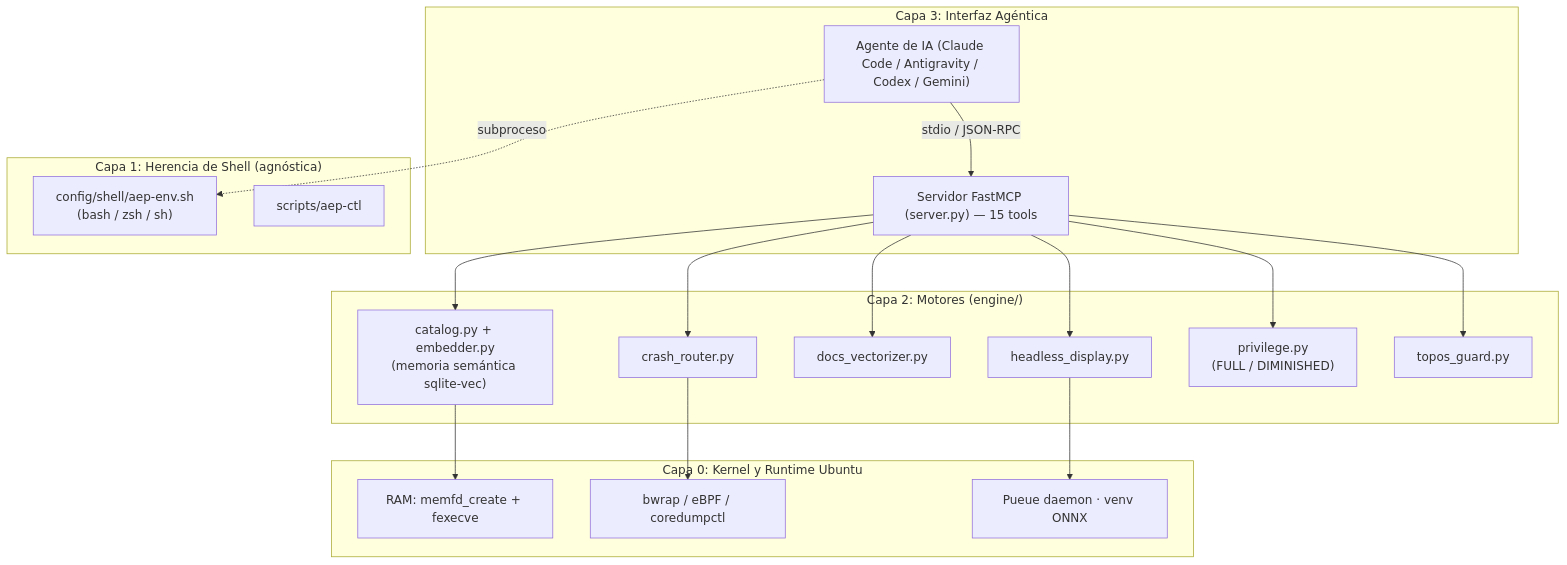
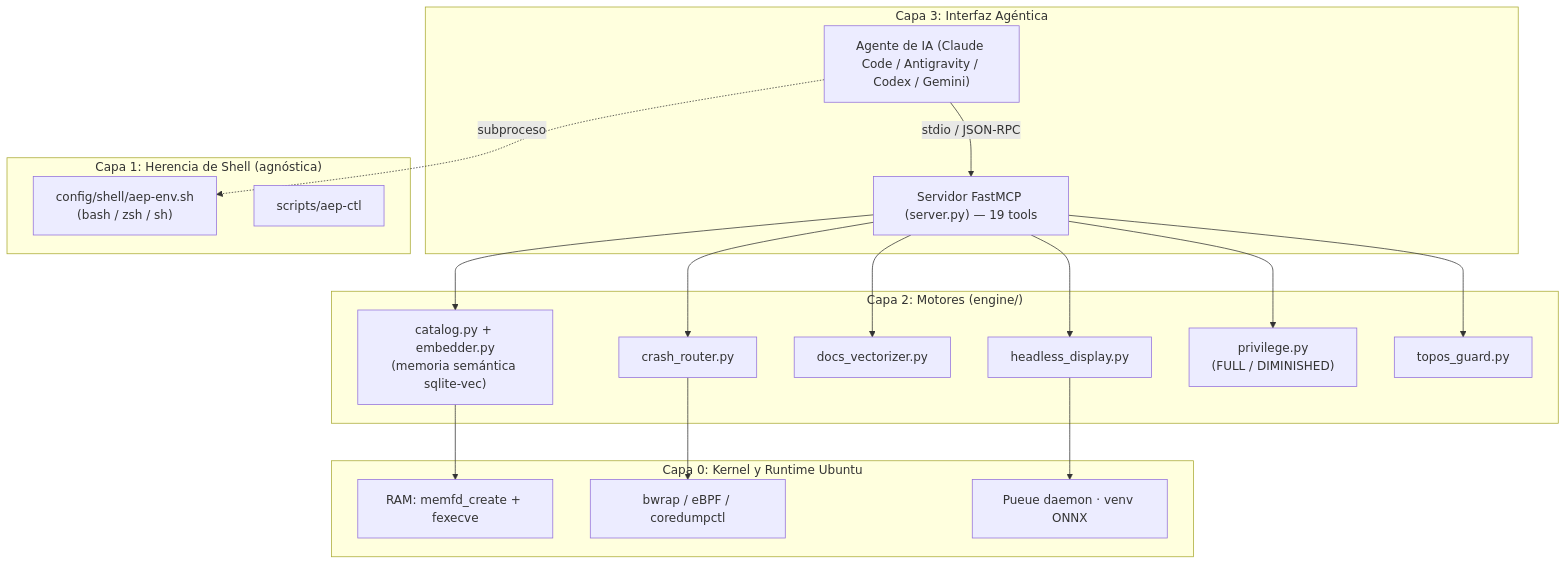
Before and after one commit to ancrz/agent-execution-plane: the second of 12 diagrams in README.md, drawn with Mermaid. The commit also changed other lines of this file, not shown here.

First line of the commit message:
docs: document Pico-Kanban, artifact weighting, and DB persistence (15->19 tools)

````diff
--- a/README.md
+++ b/README.md
@@ -66,30 +66,30 @@
 ```mermaid
 flowchart TD
     subgraph L3["Capa 3: Interfaz Agéntica"]
         Agent["Agente de IA (Claude Code / Antigravity / Codex / Gemini)"]
-        MCP["Servidor FastMCP (server.py) — 15 tools"]
+        MCP["Servidor FastMCP (server.py) — 19 tools"]
         Agent -->|stdio / JSON-RPC| MCP
     end
     subgraph L2["Capa 2: Motores (engine/)"]
         Catalog["catalog.py + embedder.py<br/>(memoria semántica sqlite-vec)"]
         Crash["crash_router.py"]
         Docs["docs_vectorizer.py"]
         Headless["headless_display.py"]
         Priv["privilege.py<br/>(FULL / DIMINISHED)"]
         Topos["topos_guard.py"]
         MCP --> Catalog & Crash & Docs & Headless & Priv & Topos
     end
     subgraph L1["Capa 1: Herencia de Shell (agnóstica)"]
         Env["config/shell/aep-env.sh<br/>(bash / zsh / sh)"]
         Ctl["scripts/aep-ctl"]
         Agent -.->|subproceso| Env
     end
     subgraph L0["Capa 0: Kernel y Runtime Ubuntu"]
         K1["RAM: memfd_create + fexecve"]
         K2["bwrap / eBPF / coredumpctl"]
         K3["Pueue daemon · venv ONNX"]
         Catalog --> K1
         Crash --> K2
         Headless --> K3
     end
 ```
````
